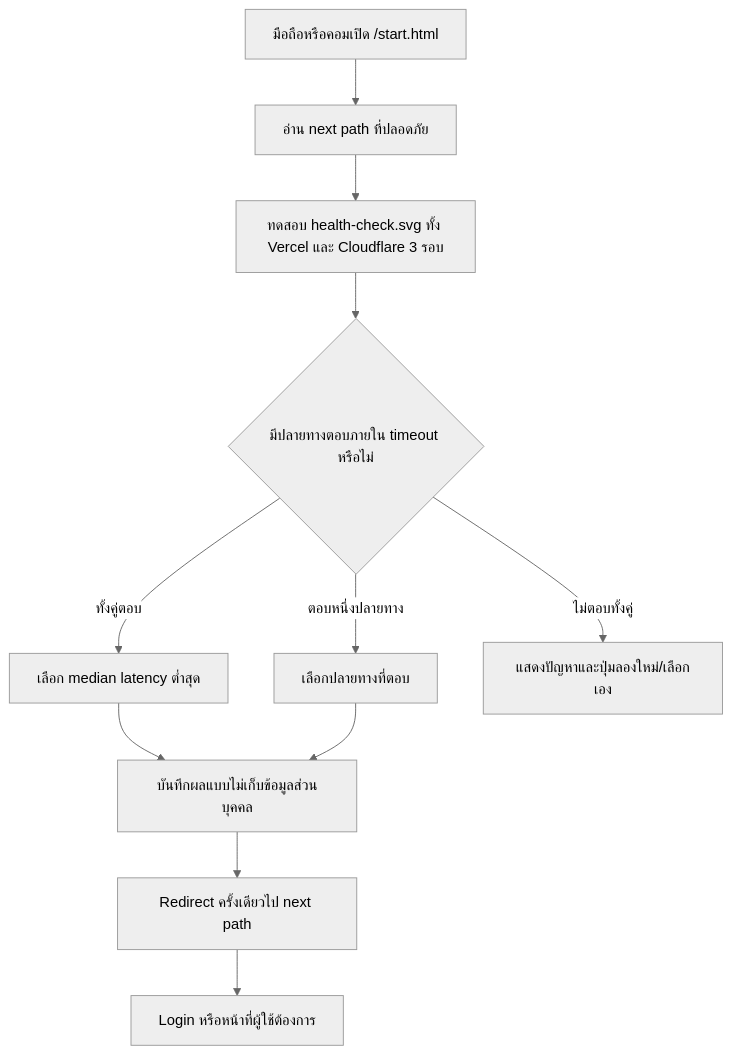
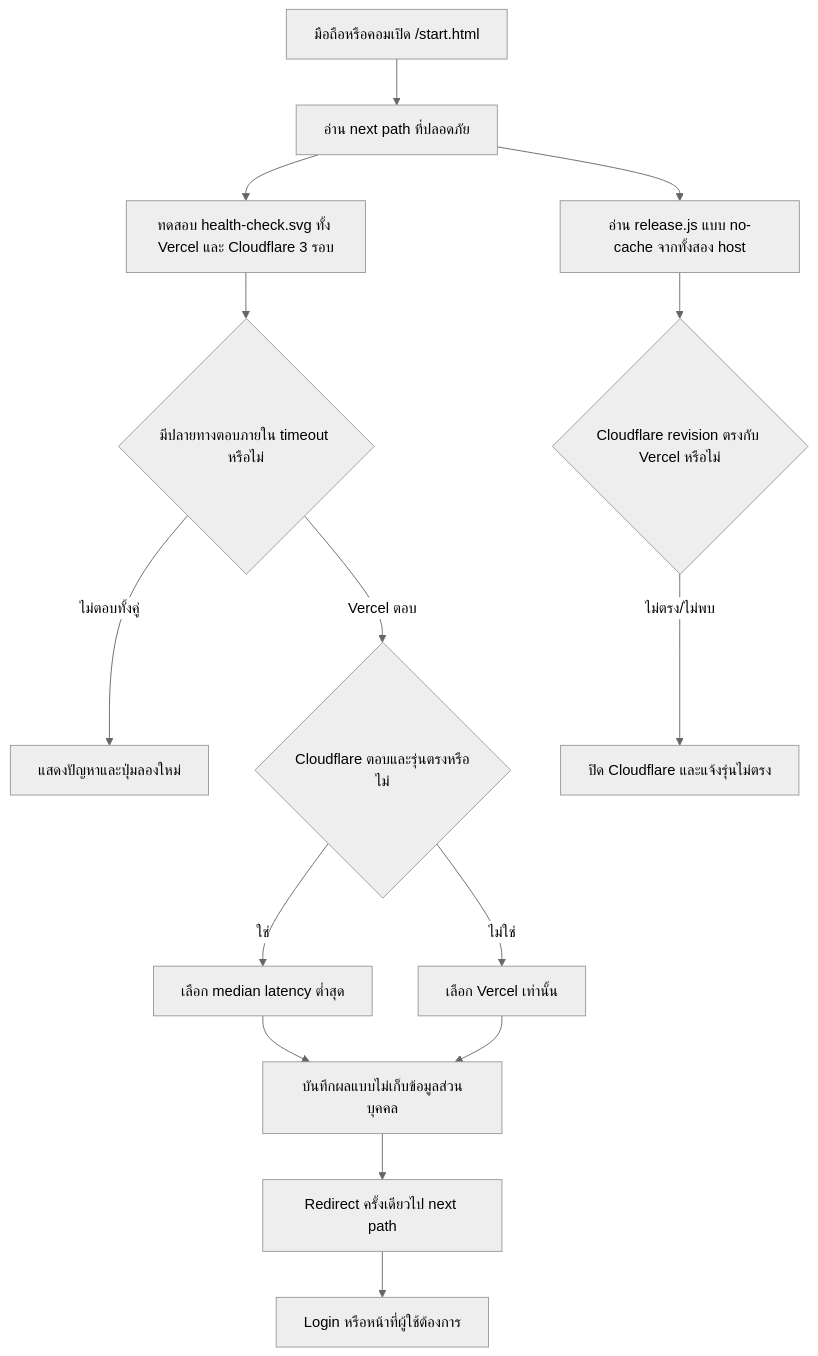
One commit to paramonjong-afk/WisdomAI changed the diagram in docs/SMART_ENTRY_ROUTING_FLOW.md. Above: the diagram before and after it, drawn with Mermaid (neutral theme). The commit also changed other lines of this file and 12 other files, not shown here.

````diff
--- a/docs/SMART_ENTRY_ROUTING_FLOW.md
+++ b/docs/SMART_ENTRY_ROUTING_FLOW.md
@@ -1,13 +1,17 @@
 ```mermaid
 flowchart TD
   A[มือถือหรือคอมเปิด /start.html] --> B[อ่าน next path ที่ปลอดภัย]
   B --> C[ทดสอบ health-check.svg ทั้ง Vercel และ Cloudflare 3 รอบ]
+  B --> R[อ่าน release.js แบบ no-cache จากทั้งสอง host]
   C --> D{มีปลายทางตอบภายใน timeout หรือไม่}
-  D -->|ทั้งคู่ตอบ| E[เลือก median latency ต่ำสุด]
-  D -->|ตอบหนึ่งปลายทาง| F[เลือกปลายทางที่ตอบ]
-  D -->|ไม่ตอบทั้งคู่| G[แสดงปัญหาและปุ่มลองใหม่/เลือกเอง]
-  E --> H[บันทึกผลแบบไม่เก็บข้อมูลส่วนบุคคล]
-  F --> H
-  H --> I[Redirect ครั้งเดียวไป next path]
-  I --> J[Login หรือหน้าที่ผู้ใช้ต้องการ]
+  R --> E{Cloudflare revision ตรงกับ Vercel หรือไม่}
+  D -->|ไม่ตอบทั้งคู่| G[แสดงปัญหาและปุ่มลองใหม่]
+  D -->|Vercel ตอบ| H{Cloudflare ตอบและรุ่นตรงหรือไม่}
+  E -->|ไม่ตรง/ไม่พบ| X[ปิด Cloudflare และแจ้งรุ่นไม่ตรง]
+  H -->|ใช่| I[เลือก median latency ต่ำสุด]
+  H -->|ไม่ใช่| J[เลือก Vercel เท่านั้น]
+  I --> K[บันทึกผลแบบไม่เก็บข้อมูลส่วนบุคคล]
+  J --> K
+  K --> L[Redirect ครั้งเดียวไป next path]
+  L --> M[Login หรือหน้าที่ผู้ใช้ต้องการ]
 ```
````
